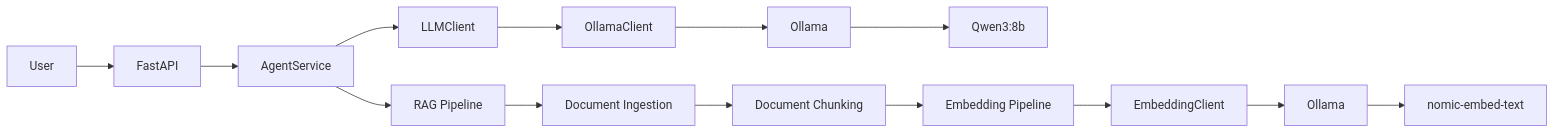
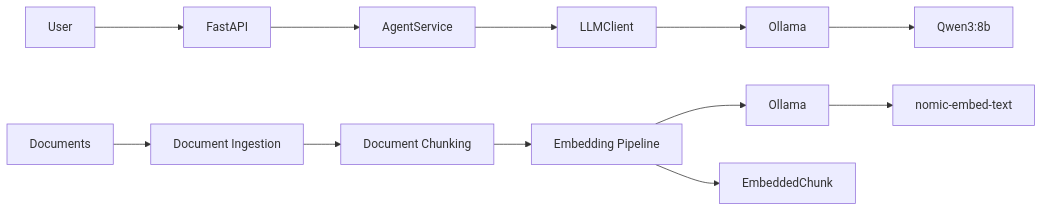
Before and after one commit to Barrok/llmops-platform: the diagram in docs/architecture/current-state.md, drawn with Mermaid.

Commit message:
current state chart update

````diff
--- a/docs/architecture/current-state.md
+++ b/docs/architecture/current-state.md
@@ -35,19 +35,17 @@
 ```mermaid
 flowchart LR
     User --> API[FastAPI]
 
     API --> Agent[AgentService]
 
     Agent --> LLM[LLMClient]
-    LLM --> OllamaClient[OllamaClient]
-    OllamaClient --> Runtime[Ollama]
-    Runtime --> Model[Qwen3:8b]
+    LLM --> OllamaLLM[Ollama]
+    OllamaLLM --> Qwen[Qwen3:8b]
 
-    Agent --> RAG[RAG Pipeline]
-    RAG --> Ingestion[Document Ingestion]
+    Documents[Documents] --> Ingestion[Document Ingestion]
     Ingestion --> Chunker[Document Chunking]
     Chunker --> Embedding[Embedding Pipeline]
-    Embedding --> EmbedClient[EmbeddingClient]
-    EmbedClient --> OllamaEmbed[Ollama]
-    OllamaEmbed --> EmbedModel[nomic-embed-text]
+    Embedding --> OllamaEmbed[Ollama]
+    OllamaEmbed --> Nomic[nomic-embed-text]
+    Embedding --> EmbeddedChunk[EmbeddedChunk]
 ```
````
